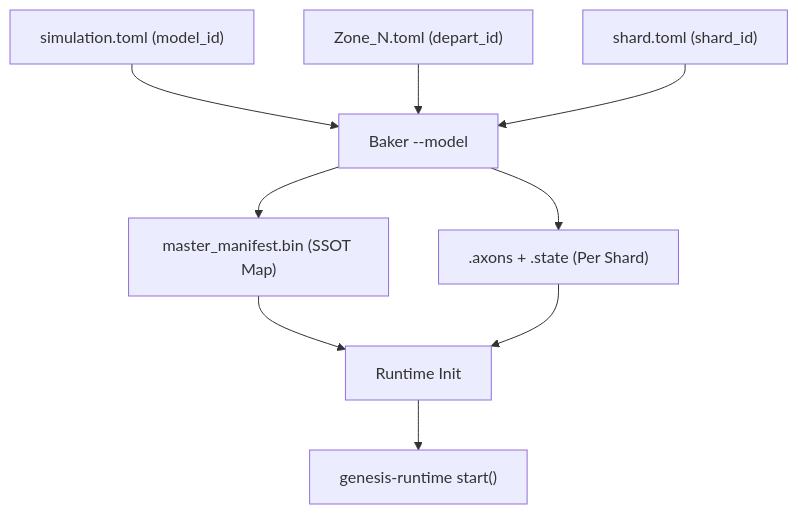
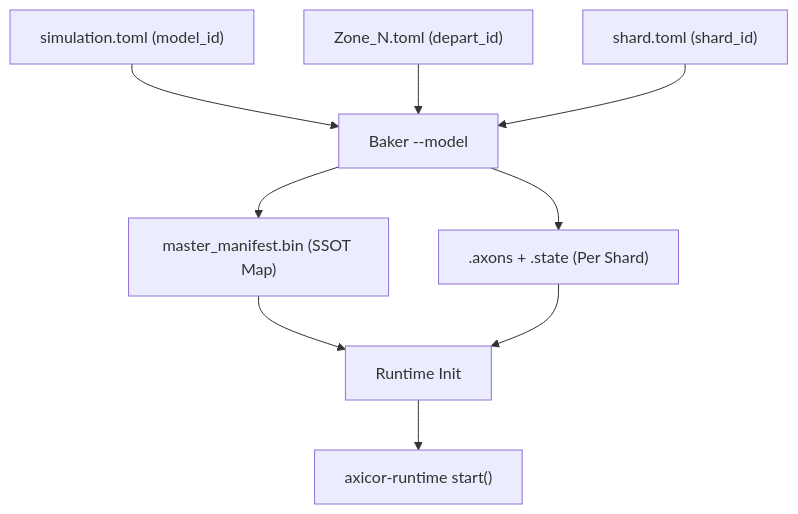
The diagram in docs/specs/09_baking_pipeline.md (icare0/axicor), drawn with Mermaid before and after one commit. The commit also changed other lines of this file and 221 other files, not shown here.

````diff
--- a/docs/specs/09_baking_pipeline.md
+++ b/docs/specs/09_baking_pipeline.md
@@ -408,14 +408,14 @@
 ```mermaid
 graph TD
     A["simulation.toml (model_id)"] --> D["Baker --model"]
     B["Zone_N.toml (depart_id)"] --> D
     C["shard.toml (shard_id)"] --> D
     
     D --> F[".axons + .state (Per Shard)"]
     D --> M["master_manifest.bin (SSOT Map)"]
     
     M --> J["Runtime Init"]
     F --> J
     
-    J --> L["genesis-runtime start()"]
+    J --> L["axicor-runtime start()"]
 ```
````
